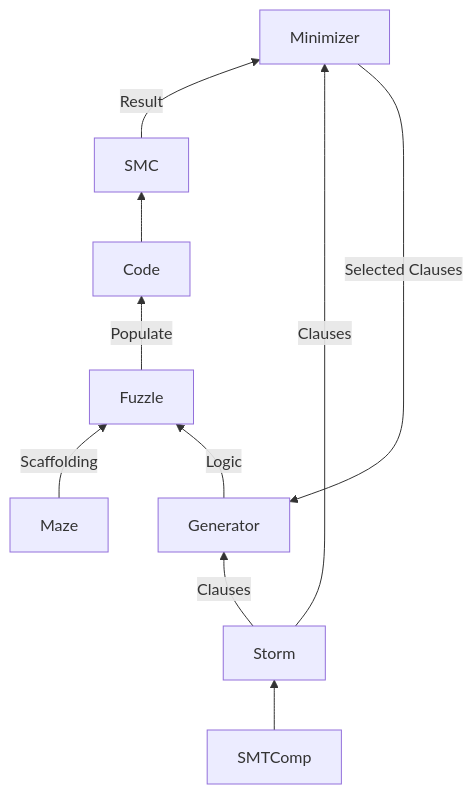
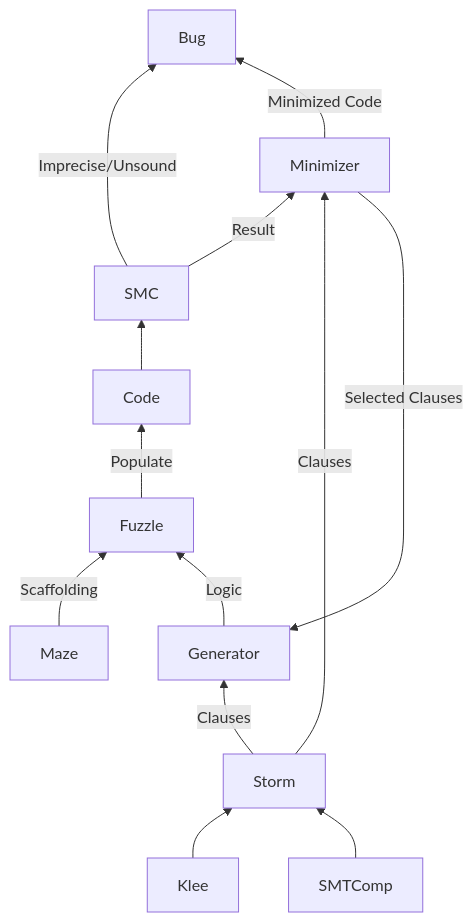
Before and after one commit to Fleischmaki/Minotaur: the diagram in README.md, drawn with Mermaid. The commit also changed other lines of this file, not shown here.

````diff
--- a/README.md
+++ b/README.md
@@ -55,13 +59,15 @@
 ```mermaid
 flowchart BT
+    Klee --> Storm
     SMTComp --> Storm
     Storm --> |Clauses| Generator
     Maze --> |Scaffolding| Fuzzle
     Generator --> |Logic| Fuzzle
     Fuzzle --> |Populate| Code 
     Code -->  SMC
     SMC --> |Result| Minimizer
+    SMC --> |Imprecise/Unsound| Bug 
     Storm --> |Clauses| Minimizer
     Minimizer --> | Selected Clauses | Generator
-
+    Minimizer --> | Minimized Code | Bug
 ```
````
